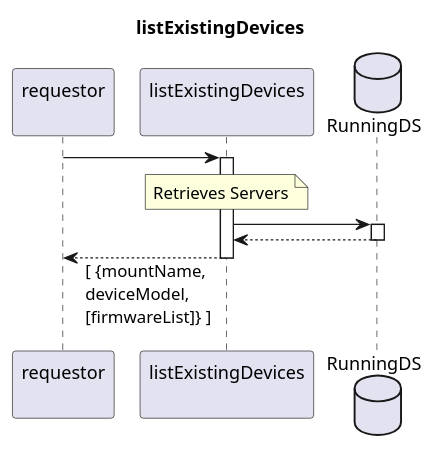
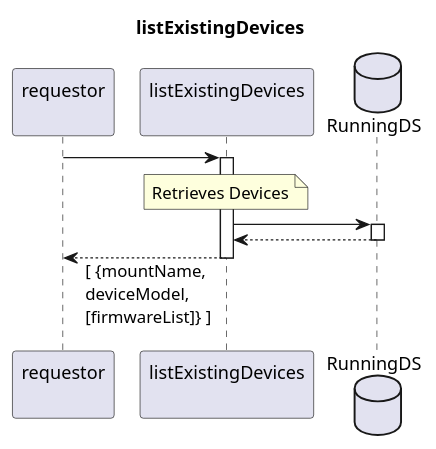
Before and after one commit to openBackhaul/FirmWareManager: the diagram in spec/Services/listExistingDevices/1.0.0/listExistingDevices.plantuml, drawn with PlantUML. The commit also changed 3 other files, not shown here.

Commit message:
corrected wrong diagram listExistingDevices

```diff
--- a/spec/Services/listExistingDevices/1.0.0/listExistingDevices.plantuml
+++ b/spec/Services/listExistingDevices/1.0.0/listExistingDevices.plantuml
@@ -1,26 +1,26 @@
 @startuml listExistingDevices
 skinparam responseMessageBelowArrow true
 
 title
   listExistingDevices
 end title
 
 participant "requestor\n" as requestor
 participant "listExistingDevices\n" as indServ
 database "RunningDS" as RunDS
 
 requestor -> indServ
 activate indServ
 
   note over indServ
-    Retrieves Servers
+    Retrieves Devices
   end note
   indServ -> RunDS
   activate RunDS
   indServ <-- RunDS
   deactivate RunDS
 
 requestor <-- indServ: [ {mountName,\ndeviceModel,\n[firmwareList]} ]
 deactivate indServ
 
 @enduml
```
